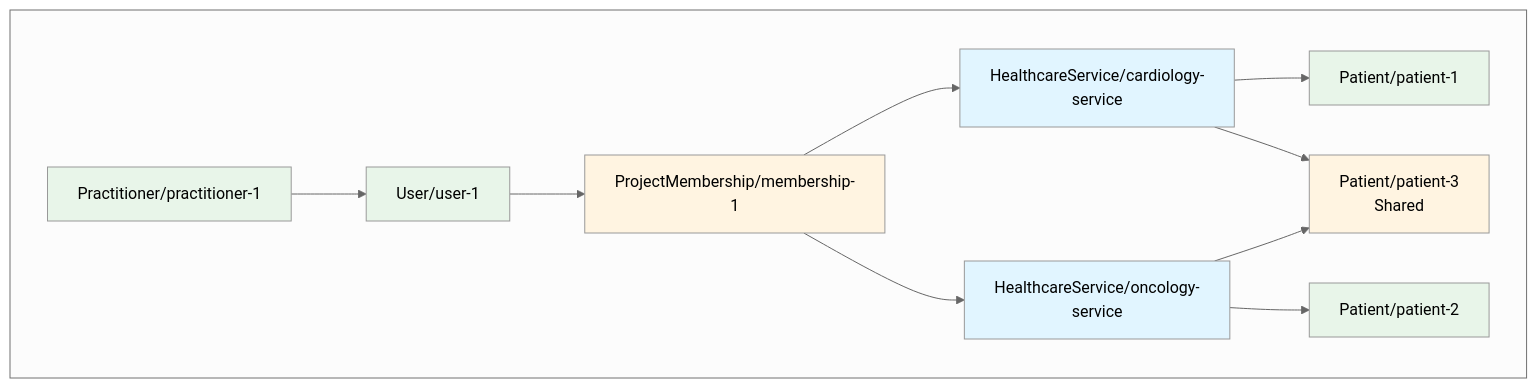
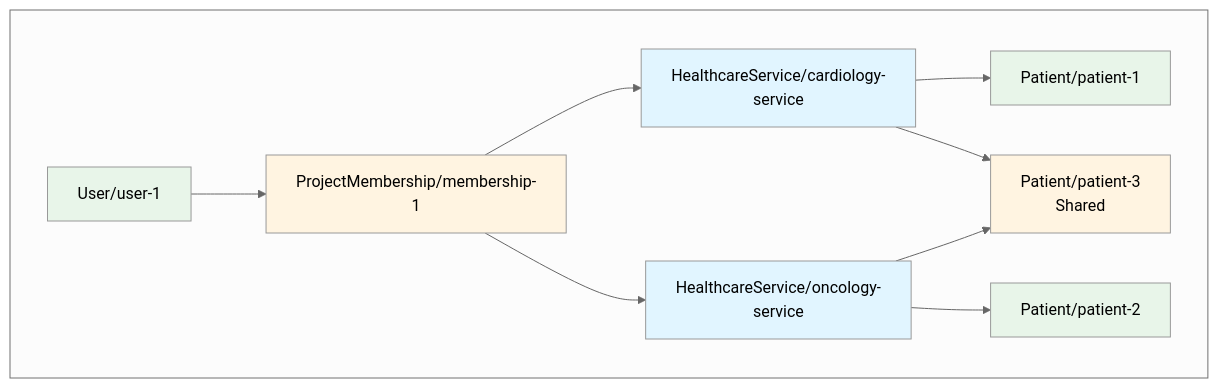
Before and after one commit to medplum/medplum: the third of 4 diagrams in packages/docs/docs/access/multi-tenant-access-policy.md, drawn with Mermaid. The commit also changed other lines of this file and 1 other file, not shown here.

````diff
--- a/packages/docs/docs/access/multi-tenant-access-policy.md
+++ b/packages/docs/docs/access/multi-tenant-access-policy.md
@@ -152,31 +151,28 @@
 ```mermaid
 %%{init: {'theme': 'neutral' }}%%
 graph TB
     subgraph HSSection[" "]
-        PracHS[Practitioner/practitioner-1]
         UserHS[User/user-1]
         PMHS[ProjectMembership/membership-1]
         HS1[HealthcareService/cardiology-service]
         HS2[HealthcareService/oncology-service]
         PatHS1[Patient/patient-1]
         PatHS2[Patient/patient-2]
         PatHSShared[Patient/patient-3<br/>Shared]
-        PracHS --> UserHS
         UserHS --> PMHS
         PMHS --> HS1
         PMHS --> HS2
         HS1 --> PatHS1
         HS1 --> PatHSShared
         HS2 --> PatHS2
         HS2 --> PatHSShared
     end
     
-    style PracHS fill:#e8f5e9
     style UserHS fill:#e8f5e9
     style PMHS fill:#fff4e1
     style HS1 fill:#e1f5ff
     style HS2 fill:#e1f5ff
     style PatHS1 fill:#e8f5e9
     style PatHS2 fill:#e8f5e9
     style PatHSShared fill:#fff4e1
 ```
````
